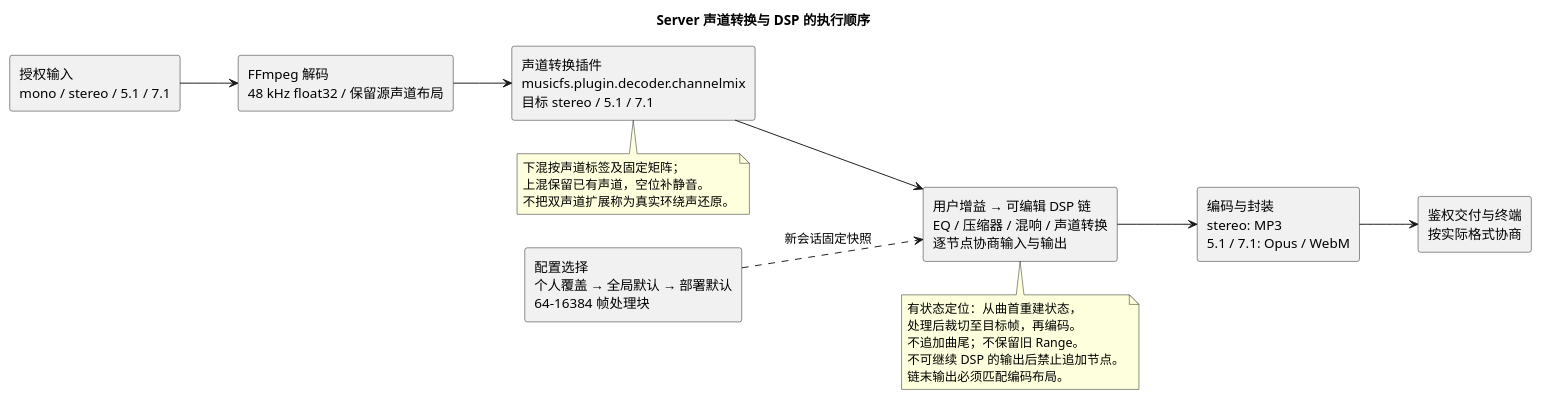
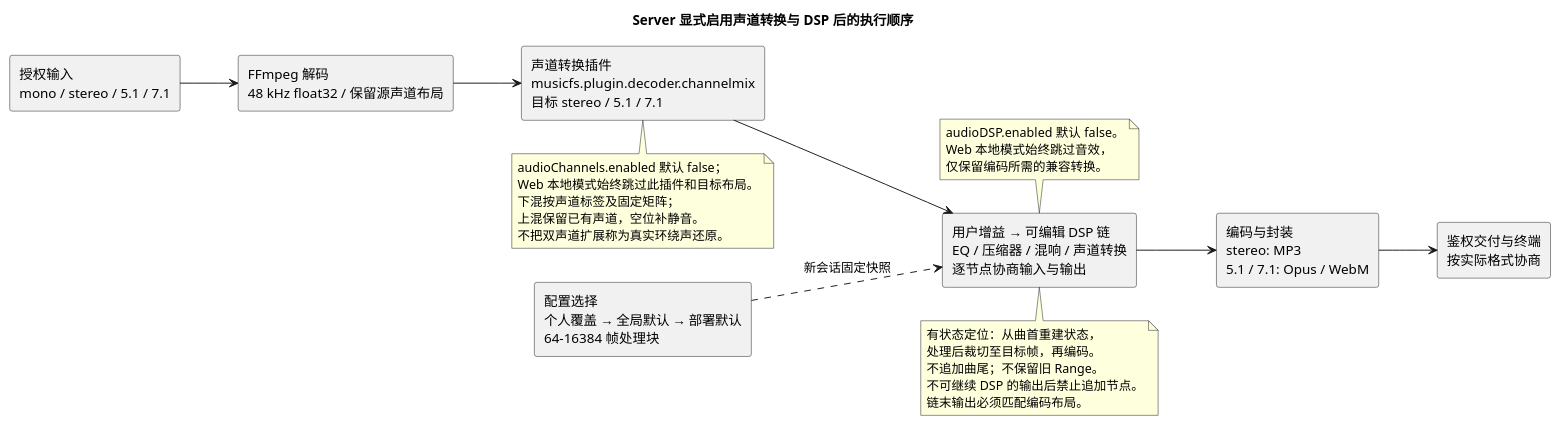
Before and after one commit to fnMrRice/MusicFS: the diagram in docs/diagrams/server-audio-channels.puml, drawn with PlantUML. The commit also changed 2 other files, not shown here.

Commit message:
feat(audio): 同步本地输出设置与服务端声道插件禁用

```diff
--- a/docs/diagrams/server-audio-channels.puml
+++ b/docs/diagrams/server-audio-channels.puml
@@ -1,30 +1,37 @@
 @startuml
-title Server 声道转换与 DSP 的执行顺序
+title Server 显式启用声道转换与 DSP 后的执行顺序
 left to right direction
 skinparam componentStyle rectangle
 component "授权输入\nmono / stereo / 5.1 / 7.1" as Source
 component "FFmpeg 解码\n48 kHz float32 / 保留源声道布局" as Decode
 component "声道转换插件\nmusicfs.plugin.decoder.channelmix\n目标 stereo / 5.1 / 7.1" as Channels
 component "用户增益 → 可编辑 DSP 链\nEQ / 压缩器 / 混响 / 声道转换\n逐节点协商输入与输出" as DSP
 component "配置选择\n个人覆盖 → 全局默认 → 部署默认\n64–16384 帧处理块" as Settings
 component "编码与封装\nstereo: MP3\n5.1 / 7.1: Opus / WebM" as Encode
 component "鉴权交付与终端\n按实际格式协商" as Client
 Source --> Decode
 Decode --> Channels
 Channels --> DSP
 Settings ..> DSP : 新会话固定快照
 DSP --> Encode
 Encode --> Client
 note bottom of DSP
 有状态定位：从曲首重建状态，
 处理后裁切至目标帧，再编码。
 不追加曲尾；不保留旧 Range。
 不可继续 DSP 的输出后禁止追加节点。
 链末输出必须匹配编码布局。
 end note
 note bottom of Channels
+audioChannels.enabled 默认 false；
+Web 本地模式始终跳过此插件和目标布局。
 下混按声道标签及固定矩阵；
 上混保留已有声道，空位补静音。
 不把双声道扩展称为真实环绕声还原。
 end note
+note top of DSP
+audioDSP.enabled 默认 false。
+Web 本地模式始终跳过音效，
+仅保留编码所需的兼容转换。
+end note
 @enduml
```
